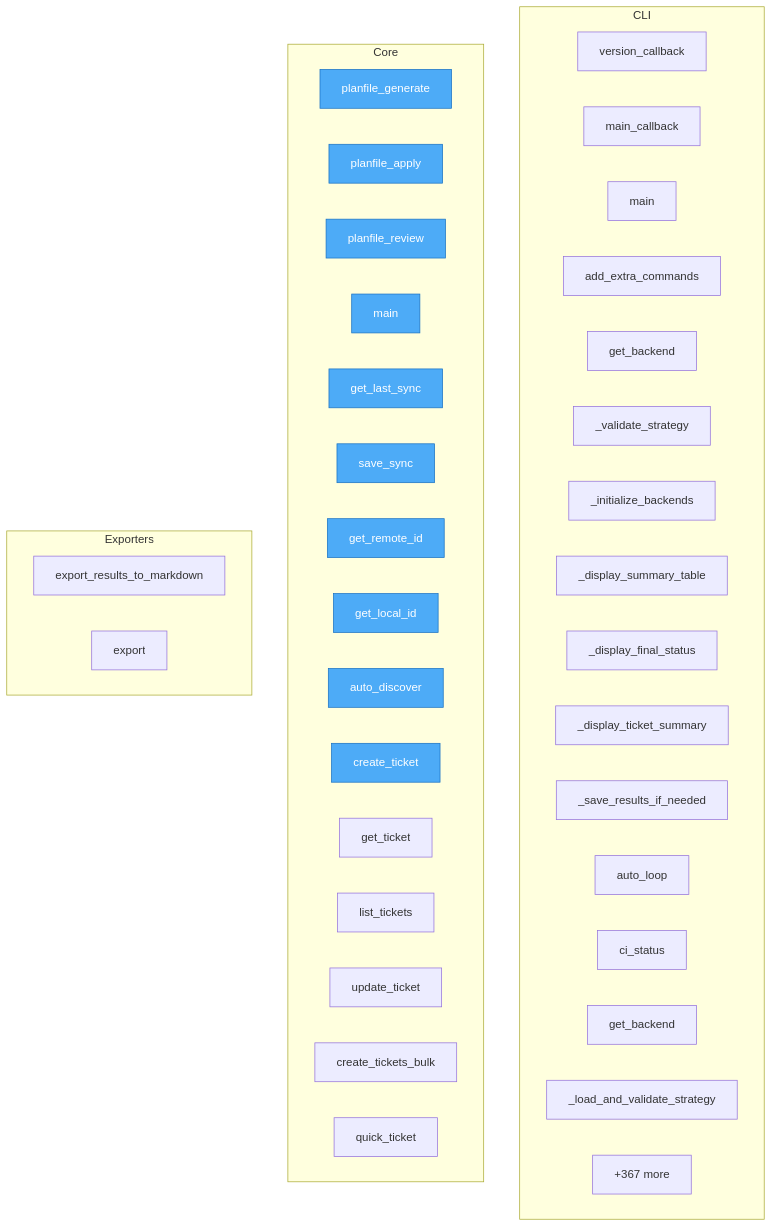
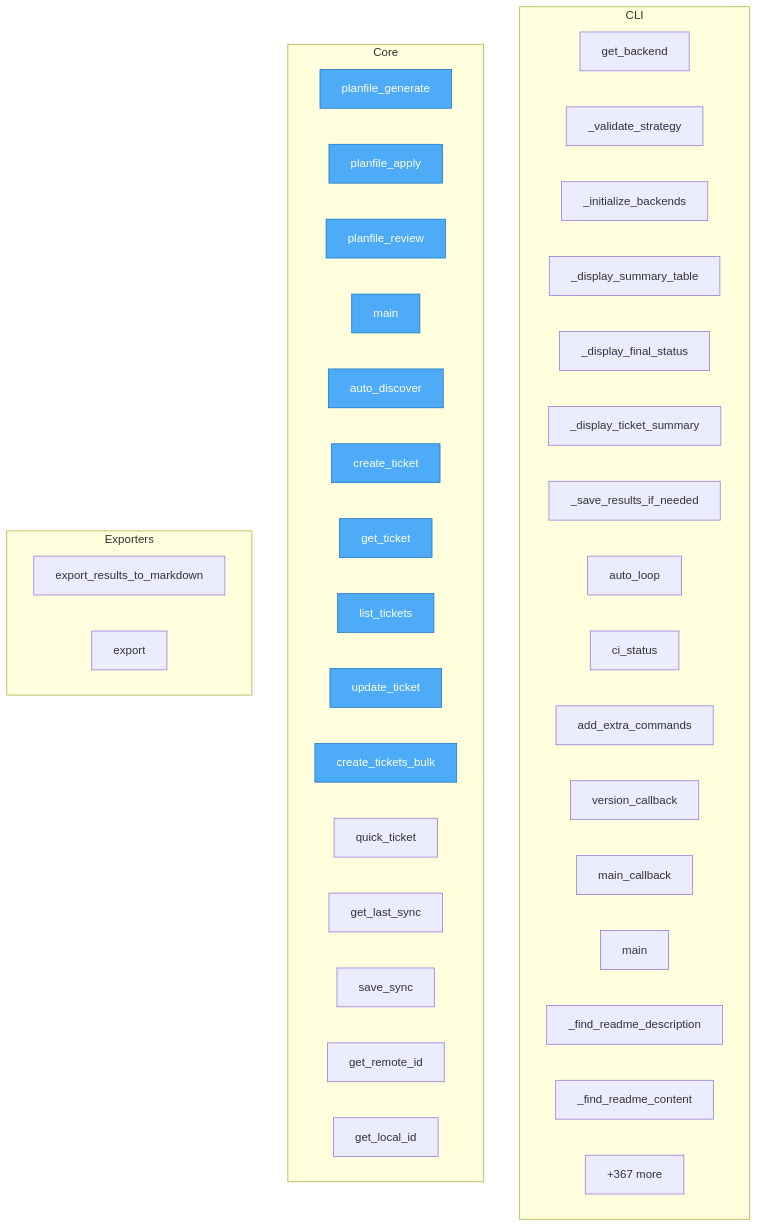
One commit to semcod/planfile changed the diagram in project/flow.mmd. Above: the diagram before and after it, drawn with Mermaid. The commit also changed 104 other files, not shown here.

```diff
--- a/project/flow.mmd
+++ b/project/flow.mmd
@@ -1,49 +1,49 @@
 flowchart TD
 
     %% Entry points (blue)
     classDef entry fill:#4dabf7,stroke:#1971c2,color:#fff
 
     subgraph CLI
-        planfile__cli__commands__version_callback["version_callback"]
-        planfile__cli__commands__main_callback["main_callback"]
-        planfile__cli__commands__main["main"]
-        planfile__cli__extra_commands__add_extra_commands["add_extra_commands"]
         planfile__cli__auto_loop__get_backend["get_backend"]
         planfile__cli__auto_loop___validate_strategy["_validate_strategy"]
         planfile__cli__auto_loop___initialize_backends["_initialize_backends"]
         planfile__cli__auto_loop___display_summary_table["_display_summary_table"]
         planfile__cli__auto_loop___display_final_status["_display_final_status"]
         planfile__cli__auto_loop___display_ticket_summary["_display_ticket_summary"]
         planfile__cli__auto_loop___save_results_if_needed["_save_results_if_needed"]
         planfile__cli__auto_loop__auto_loop["auto_loop"]
         planfile__cli__auto_loop__ci_status["ci_status"]
-        planfile__cli__cmd__cmd_utils__get_backend["get_backend"]
-        planfile__cli__cmd__cmd_utils___load_and_validate_strategy["_load_and_validate_strategy"]
+        planfile__cli__extra_commands__add_extra_commands["add_extra_commands"]
+        planfile__cli__commands__version_callback["version_callback"]
+        planfile__cli__commands__main_callback["main_callback"]
+        planfile__cli__commands__main["main"]
+        planfile__cli__project_detector___find_readme_description["_find_readme_description"]
+        planfile__cli__project_detector___find_readme_content["_find_readme_content"]
         ...["+57 more"]
     end
 
     subgraph Core
         mcp_server_example__planfile_generate["planfile_generate"]
         mcp_server_example__planfile_apply["planfile_apply"]
         mcp_server_example__planfile_review["planfile_review"]
         mcp_server_example__main["main"]
-        planfile__sync__state__SyncState__get_last_sync["get_last_sync"]
-        planfile__sync__state__SyncState__save_sync["save_sync"]
-        planfile__sync__state__SyncState__get_remote_id["get_remote_id"]
-        planfile__sync__state__SyncState__get_local_id["get_local_id"]
         planfile__Planfile__auto_discover["auto_discover"]
         planfile__Planfile__create_ticket["create_ticket"]
         planfile__Planfile__get_ticket["get_ticket"]
         planfile__Planfile__list_tickets["list_tickets"]
         planfile__Planfile__update_ticket["update_ticket"]
         planfile__Planfile__create_tickets_bulk["create_tickets_bulk"]
         planfile__quick_ticket["quick_ticket"]
+        planfile__sync__state__SyncState__get_last_sync["get_last_sync"]
+        planfile__sync__state__SyncState__save_sync["save_sync"]
+        planfile__sync__state__SyncState__get_remote_id["get_remote_id"]
+        planfile__sync__state__SyncState__get_local_id["get_local_id"]
         ...["+367 more"]
     end
 
     subgraph Exporters
         planfile__loaders__cli_loader__export_results_to_markdown["export_results_to_markdown"]
         planfile__core__models__Strategy__export["export"]
     end
 
-    class mcp_server_example__planfile_generate,mcp_server_example__planfile_apply,mcp_server_example__planfile_review,mcp_server_example__main,planfile__sync__state__SyncState__get_last_sync,planfile__sync__state__SyncState__save_sync,planfile__sync__state__SyncState__get_remote_id,planfile__sync__state__SyncState__get_local_id,planfile__Planfile__auto_discover,planfile__Planfile__create_ticket entry
+    class mcp_server_example__planfile_generate,mcp_server_example__planfile_apply,mcp_server_example__planfile_review,mcp_server_example__main,planfile__Planfile__auto_discover,planfile__Planfile__create_ticket,planfile__Planfile__get_ticket,planfile__Planfile__list_tickets,planfile__Planfile__update_ticket,planfile__Planfile__create_tickets_bulk entry
```
